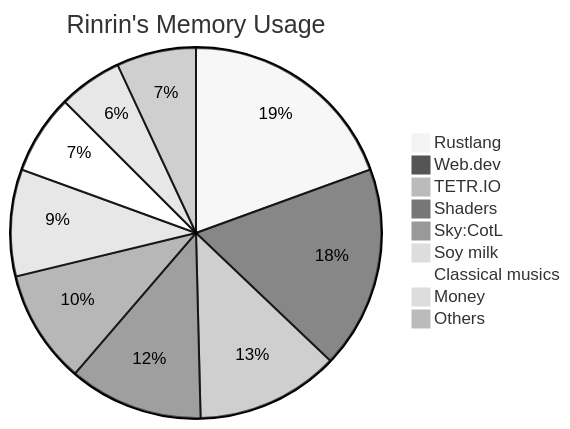
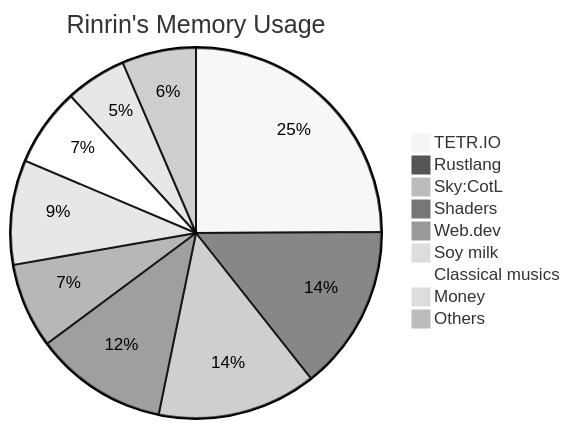
One commit to Rinrin0413/Rinrin0413 changed the diagram in README.md. Above: the diagram before and after it, drawn with Mermaid (neutral theme).

Commit message:
Update:Rinrin's Memory Usage

````diff
--- a/README.md
+++ b/README.md
@@ -74,12 +74,12 @@
 ```mermaid
 pie title Rinrin's Memory Usage
-    "Rustlang": 98
-    "Web.dev": 89
-    "TETR.IO": 63
-    "Shaders": 59
-    "Sky:CotL": 50
-    "Soy milk": 47
-    "Classical musics": 35
+    "TETR.IO": 131
+    "Rustlang": 76
+    "Sky:CotL": 73
+    "Shaders": 61
+    "Web.dev": 39
+    "Soy milk": 48
+    "Classical musics": 36
     "Money": 28
-    "Others": 35
+    "Others": 34
 ```
````
